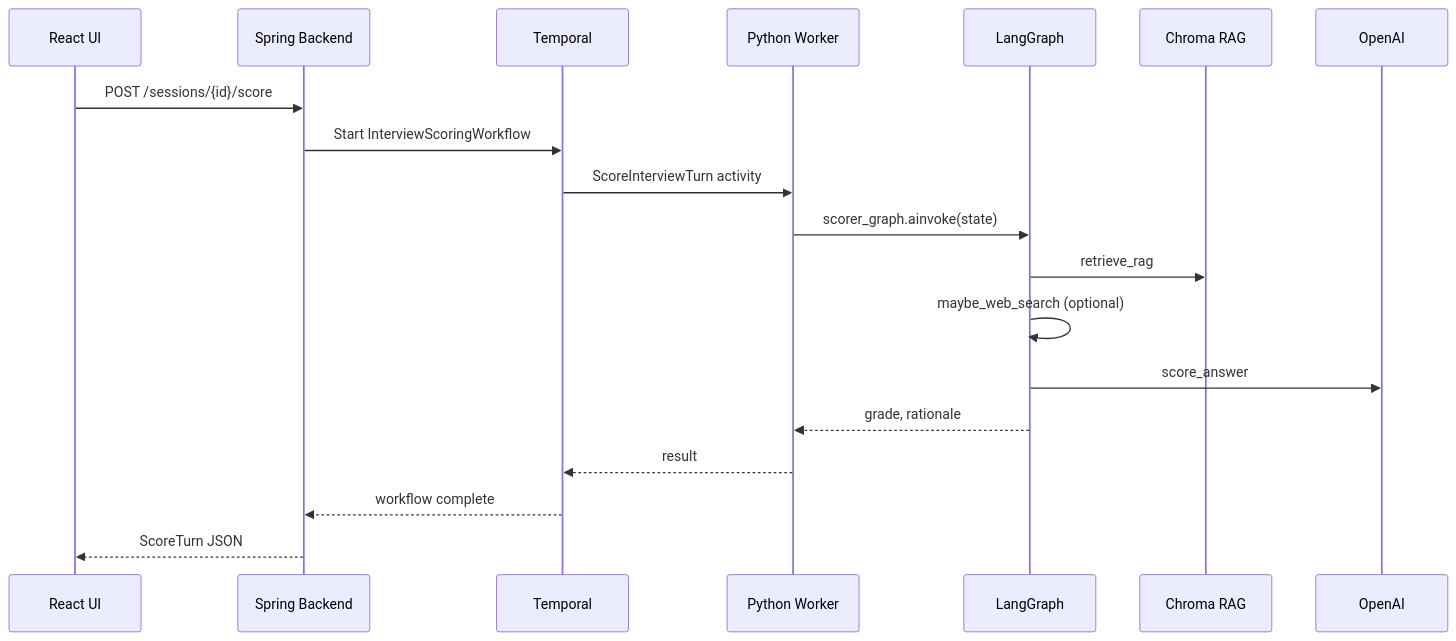
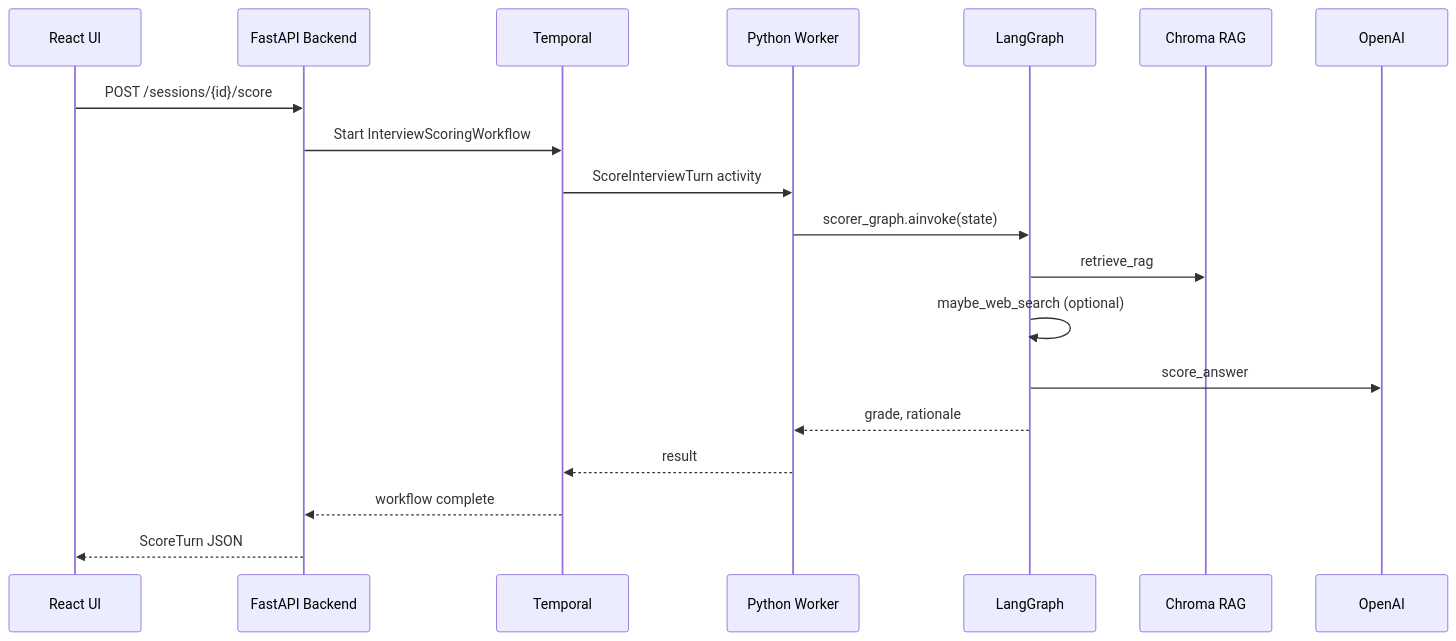
The second of 2 diagrams in docs/ARCHITECTURE.md (johnbr001/hr_interview_agent), drawn with Mermaid before and after one commit. The commit also changed other lines of this file and 53 other files, not shown here.

````diff
--- a/docs/ARCHITECTURE.md
+++ b/docs/ARCHITECTURE.md
@@ -62,22 +62,22 @@
 ```mermaid
 sequenceDiagram
     participant UI as React UI
-    participant API as Spring Backend
+    participant API as FastAPI Backend
     participant T as Temporal
     participant W as Python Worker
     participant G as LangGraph
     participant C as Chroma RAG
     participant O as OpenAI
 
     UI->>API: POST /sessions/{id}/score
     API->>T: Start InterviewScoringWorkflow
     T->>W: ScoreInterviewTurn activity
     W->>G: scorer_graph.ainvoke(state)
     G->>C: retrieve_rag
     G->>G: maybe_web_search (optional)
     G->>O: score_answer
     G-->>W: grade, rationale
     W-->>T: result
     T-->>API: workflow complete
     API-->>UI: ScoreTurn JSON
 ```
````
